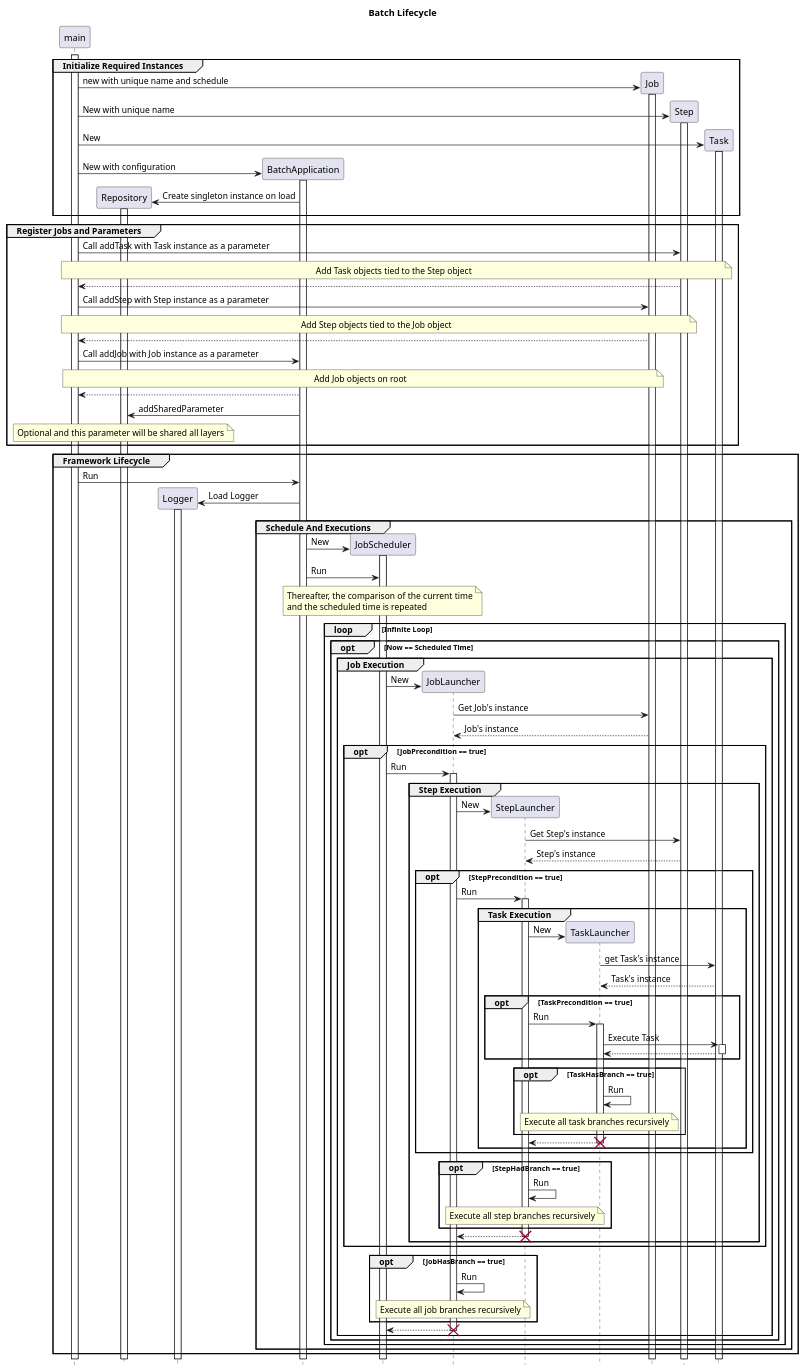
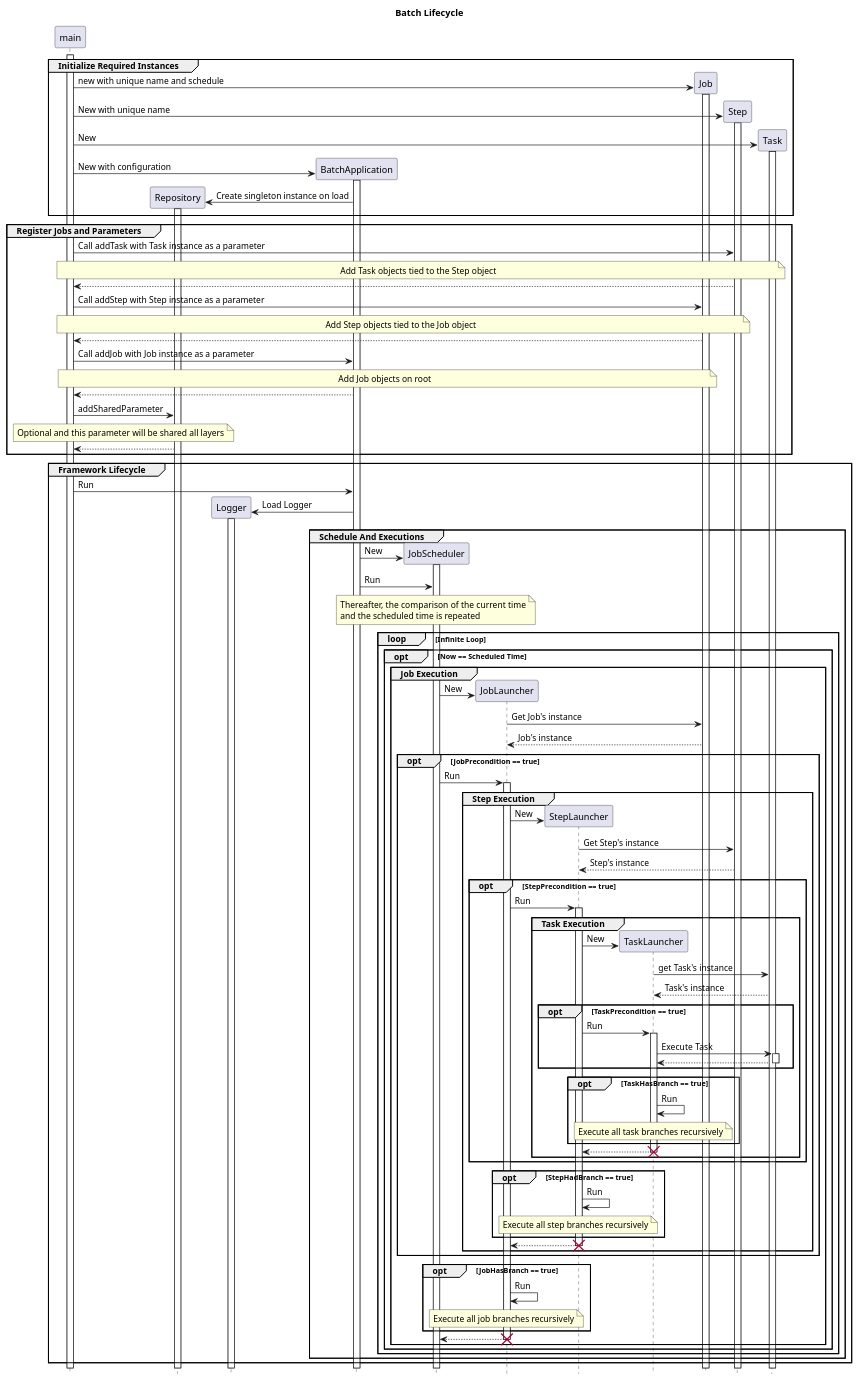
One commit to runchise/batch.dart changed the diagram in design/sequence.pu. Above: the diagram before and after it, drawn with PlantUML.

```diff
--- a/design/sequence.pu
+++ b/design/sequence.pu
@@ -1,147 +1,148 @@
 @startuml Batch Lifecycle
 title Batch Lifecycle
 
 hide footbox
 participant main
 participant Repository
 participant Logger
 participant BatchApplication
 participant JobScheduler
 participant JobLauncher
 participant StepLauncher
 participant TaskLauncher
 participant Job
 participant Step
 participant Task
 
 activate main
 
 group Initialize Required Instances
     create Job
     main -> Job: new with unique name and schedule
     activate Job
     create Step
     main -> Step: New with unique name
     activate Step
 
     create Task
     main -> Task: New
     activate Task
 
     create BatchApplication
     main -> BatchApplication: New with configuration
     activate BatchApplication
 
     create Repository
     BatchApplication -> Repository: Create singleton instance on load
     activate Repository
 end
 
 group Register Jobs and Parameters
     main -> Step: Call addTask with Task instance as a parameter
     note over main, Task: Add Task objects tied to the Step object
     main <-- Step
 
     main -> Job: Call addStep with Step instance as a parameter
     note over main, Step: Add Step objects tied to the Job object
     main <-- Job
 
     main -> BatchApplication: Call addJob with Job instance as a parameter
     note over main, Job: Add Job objects on root
     main <-- BatchApplication
 
-    BatchApplication -> Repository: addSharedParameter
-    note over Repository: Optional and this parameter will be shared all layers
+    main -> Repository: addSharedParameter
+    note over main, Repository: Optional and this parameter will be shared all layers
+    main <-- Repository
 end
 
 group Framework Lifecycle
     main -> BatchApplication: Run
 
     create Logger
     BatchApplication -> Logger: Load Logger
     activate Logger
 
     group Schedule And Executions
         create JobScheduler
         BatchApplication -> JobScheduler: New
         activate JobScheduler
 
         BatchApplication -> JobScheduler: Run
         note over JobScheduler
             Thereafter, the comparison of the current time
             and the scheduled time is repeated
         end note
 
         loop Infinite Loop
             opt Now == Scheduled Time
                 group Job Execution
                     create JobLauncher
                     JobScheduler -> JobLauncher: New
                     JobLauncher -> Job: Get Job's instance
                     JobLauncher <-- Job: Job's instance
 
                     opt JobPrecondition == true
                         JobScheduler -> JobLauncher: Run
 
                         activate JobLauncher
 
                         group Step Execution
                             create StepLauncher
                             JobLauncher -> StepLauncher: New
                             StepLauncher -> Step: Get Step's instance
                             StepLauncher <-- Step: Step's instance
 
                             opt StepPrecondition == true
                                 JobLauncher -> StepLauncher: Run
                                 activate StepLauncher
 
                                 group Task Execution
                                     create TaskLauncher
                                     StepLauncher -> TaskLauncher: New
                                     TaskLauncher -> Task: get Task's instance
                                     TaskLauncher <-- Task: Task's instance
 
                                     opt TaskPrecondition == true
                                         StepLauncher -> TaskLauncher: Run
                                         activate TaskLauncher
                                         TaskLauncher -> Task: Execute Task
                                         activate Task
                                         TaskLauncher <-- Task
                                         deactivate Task
                                     end
 
                                     opt TaskHasBranch == true
                                         TaskLauncher -> TaskLauncher: Run
                                         note over TaskLauncher: Execute all task branches recursively
                                     end
                                                                                                         StepLauncher <-- TaskLauncher
                                     deactivate TaskLauncher
                                     destroy TaskLauncher
                                 end
                             end
 
                             opt StepHadBranch == true
                                 StepLauncher -> StepLauncher: Run
                                 note over StepLauncher: Execute all step branches recursively
                             end
 
                             JobLauncher <-- StepLauncher
                             deactivate StepLauncher
                             destroy StepLauncher
                         end
                     end
 
                     opt JobHasBranch == true
                         JobLauncher -> JobLauncher: Run
                         note over JobLauncher: Execute all job branches recursively
                     end
 
                     JobScheduler <-- JobLauncher
                     deactivate JobLauncher
                     destroy JobLauncher
                 end
             end
         end
     end
 end
 @enduml
```
